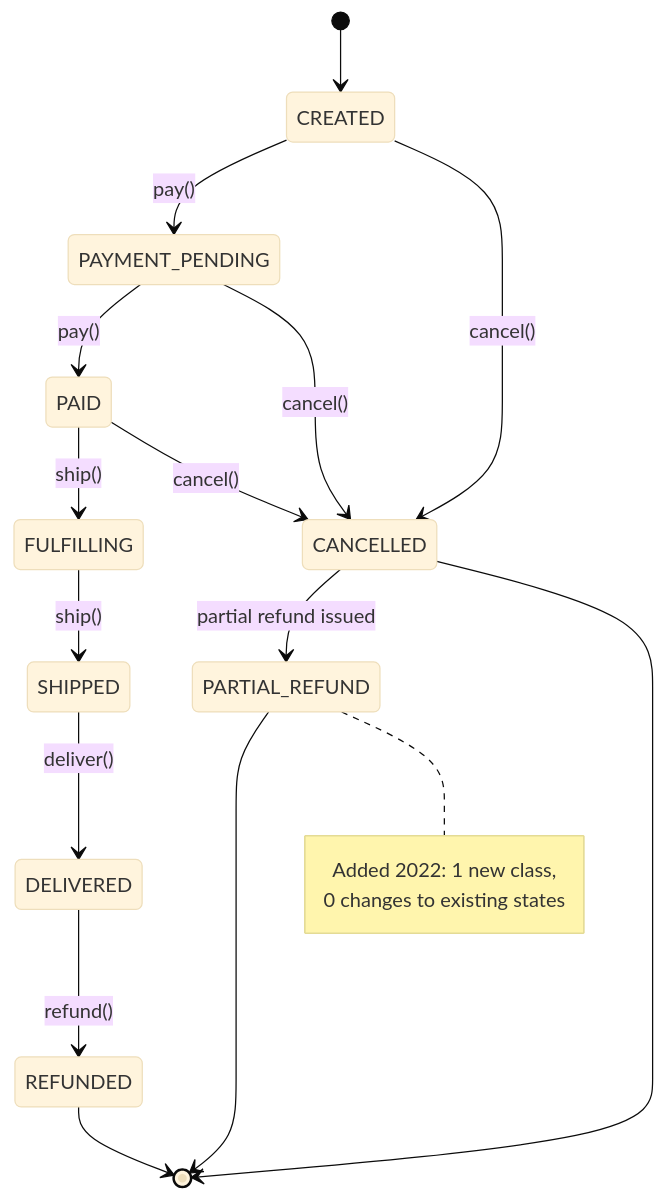
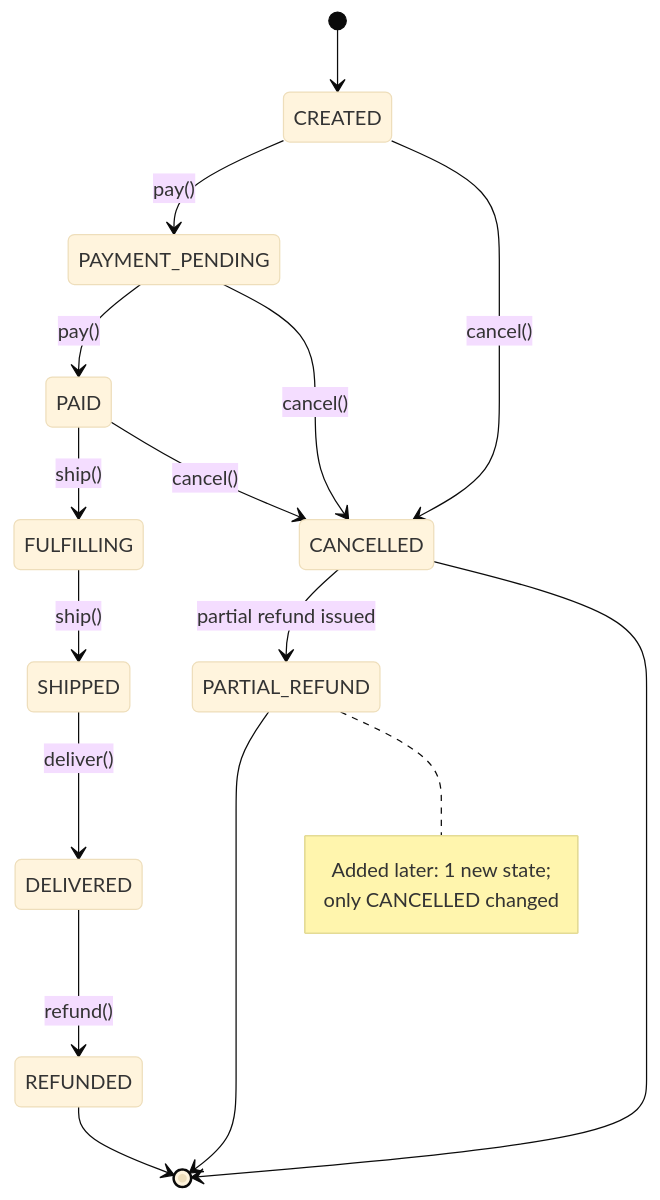
Before and after one commit to rppol/system-design: the third of 4 diagrams in src/main/java/com/rutik/systemdesign/lld/behavioral/state/README.md, drawn with Mermaid (base theme). The commit also changed other lines of this file and 11 other files, not shown here.

````diff
--- a/src/main/java/com/rutik/systemdesign/lld/behavioral/state/README.md
+++ b/src/main/java/com/rutik/systemdesign/lld/behavioral/state/README.md
@@ -261,24 +263,24 @@
 ```mermaid
 stateDiagram-v2
     [*] --> CREATED
     CREATED --> PAYMENT_PENDING : pay()
     PAYMENT_PENDING --> PAID : pay()
     PAID --> FULFILLING : ship()
     FULFILLING --> SHIPPED : ship()
     SHIPPED --> DELIVERED : deliver()
 
     CREATED --> CANCELLED : cancel()
     PAYMENT_PENDING --> CANCELLED : cancel()
     PAID --> CANCELLED : cancel()
     CANCELLED --> PARTIAL_REFUND : partial refund issued
     DELIVERED --> REFUNDED : refund()
 
     CANCELLED --> [*]
     PARTIAL_REFUND --> [*]
     REFUNDED --> [*]
 
     note right of PARTIAL_REFUND
-        Added 2022: 1 new class,
-        0 changes to existing states
+        Added later: 1 new state;
+        only CANCELLED changed
     end note
 ```
````
